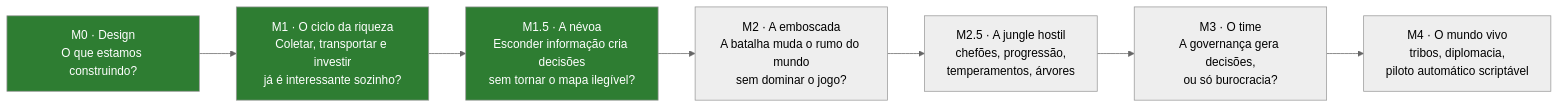
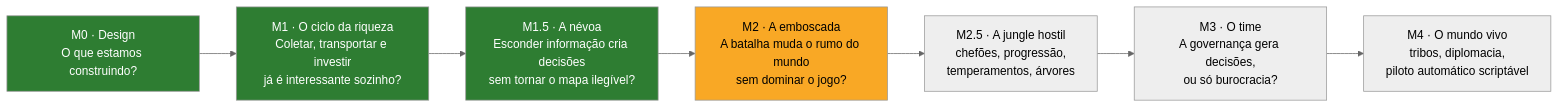
The first of 8 diagrams in docs/OVERVIEW.md (eliasfeijo/geometrix), drawn with Mermaid (neutral theme) before and after one commit. The commit also changed other lines of this file and 1 other file, not shown here.

````diff
--- a/docs/OVERVIEW.md
+++ b/docs/OVERVIEW.md
@@ -83,12 +93,13 @@
 ```mermaid
 flowchart LR
     M0["M0 · Design<br/>O que estamos construindo?"] --> M1["M1 · O ciclo da riqueza<br/>Coletar, transportar e investir<br/>já é interessante sozinho?"]
     M1 --> M15["M1.5 · A névoa<br/>Esconder informação cria decisões<br/>sem tornar o mapa ilegível?"]
     M15 --> M2["M2 · A emboscada<br/>A batalha muda o rumo do mundo<br/>sem dominar o jogo?"]
     M2 --> M25["M2.5 · A jungle hostil<br/>chefões, progressão,<br/>temperamentos, árvores"]
     M25 --> M3["M3 · O time<br/>A governança gera decisões,<br/>ou só burocracia?"]
     M3 --> M4["M4 · O mundo vivo<br/>tribos, diplomacia,<br/>piloto automático scriptável"]
     style M0 fill:#2e7d32,color:#fff
     style M1 fill:#2e7d32,color:#fff
     style M15 fill:#2e7d32,color:#fff
+    style M2 fill:#f9a825,color:#000
 ```
````
